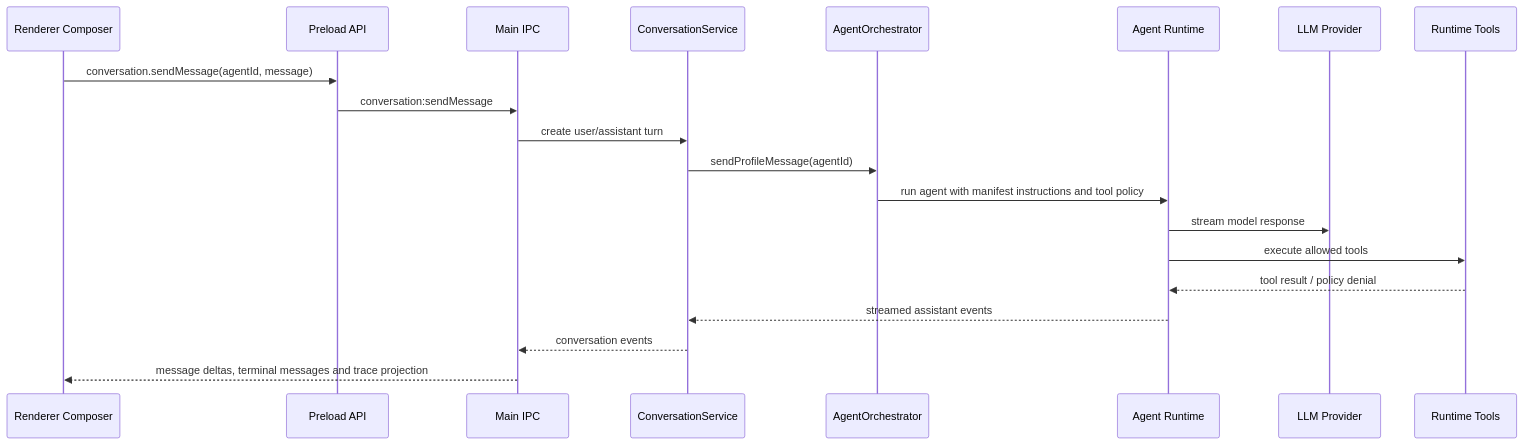
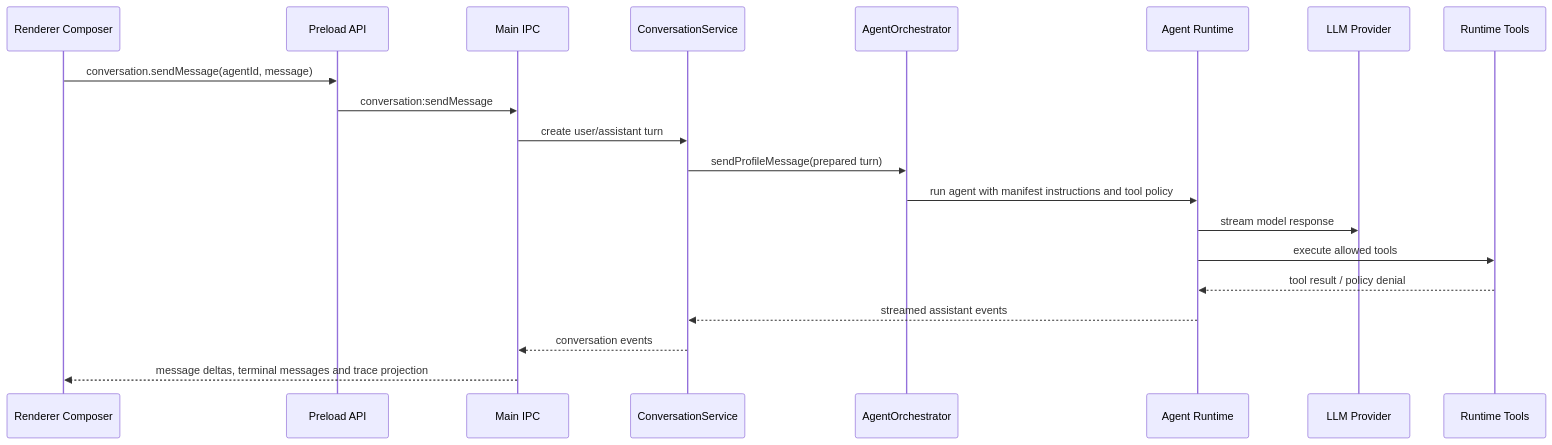
The first of 3 diagrams in docs/architecture/data-flow.md (haolange/RDC-Agent), drawn with Mermaid before and after one commit. The commit also changed other lines of this file and 23 other files, not shown here.

````diff
--- a/docs/architecture/data-flow.md
+++ b/docs/architecture/data-flow.md
@@ -7,23 +7,23 @@
 ```mermaid
 sequenceDiagram
   participant UI as Renderer Composer
   participant API as Preload API
   participant IPC as Main IPC
   participant Conversation as ConversationService
   participant Orchestrator as AgentOrchestrator
   participant Runtime as Agent Runtime
   participant Provider as LLM Provider
   participant Tools as Runtime Tools
 
   UI->>API: conversation.sendMessage(agentId, message)
   API->>IPC: conversation:sendMessage
   IPC->>Conversation: create user/assistant turn
-  Conversation->>Orchestrator: sendProfileMessage(agentId)
+  Conversation->>Orchestrator: sendProfileMessage(prepared turn)
   Orchestrator->>Runtime: run agent with manifest instructions and tool policy
   Runtime->>Provider: stream model response
   Runtime->>Tools: execute allowed tools
   Tools-->>Runtime: tool result / policy denial
   Runtime-->>Conversation: streamed assistant events
   Conversation-->>IPC: conversation events
   IPC-->>UI: message deltas, terminal messages and trace projection
 ```
````
